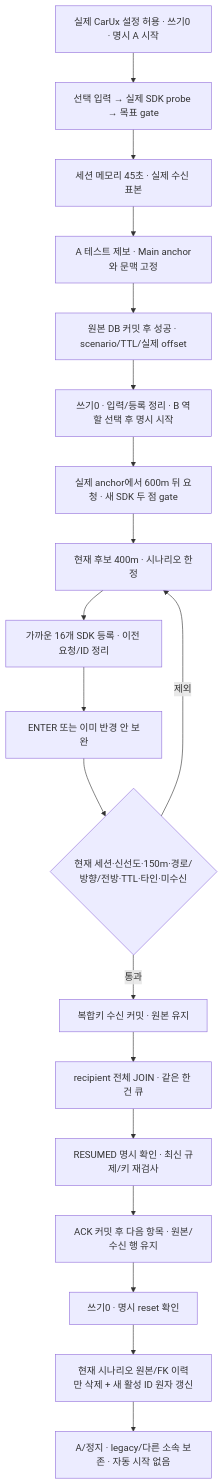
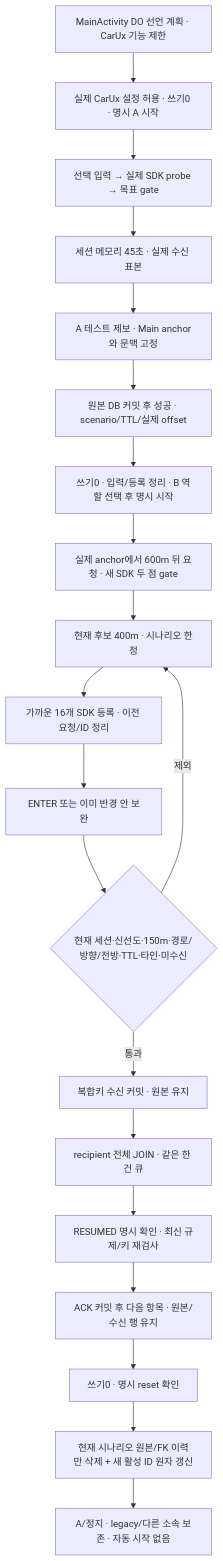
Before and after one commit to jin-kim-240204/hyundai-and-gretel: the diagram in docs/specs/road-notes/07-integration-and-demo.md, drawn with Mermaid. The commit also changed other lines of this file and 5 other files, not shown here.

````diff
--- a/docs/specs/road-notes/07-integration-and-demo.md
+++ b/docs/specs/road-notes/07-integration-and-demo.md
@@ -50,21 +69,22 @@
 ```mermaid
 flowchart TD
+    Display[MainActivity DO 선언 계획 · CarUx 기능 제한] --> Setup
     Setup[실제 CarUx 설정 허용 · 쓰기0 · 명시 A 시작] --> Gate[선택 입력 → 실제 SDK probe → 목표 gate]
     Gate --> Buffer[세션 메모리 45초 · 실제 수신 표본]
     Buffer --> Submit[A 테스트 제보 · Main anchor와 문맥 고정]
     Submit --> Original[원본 DB 커밋 후 성공 · scenario/TTL/실제 offset]
     Original --> Switch[쓰기0 · 입력/등록 정리 · B 역할 선택 후 명시 시작]
     Switch --> Behind[실제 anchor에서 600m 뒤 요청 · 새 SDK 두 점 gate]
     Behind --> Candidate[현재 후보 400m · 시나리오 한정]
     Candidate --> Register[가까운 16개 SDK 등록 · 이전 요청/ID 정리]
     Register --> Signal[ENTER 또는 이미 반경 안 보완]
     Signal --> Check{현재 세션·신선도·150m·경로/방향/전방·TTL·타인·미수신}
     Check -->|통과| Receipt[복합키 수신 커밋 · 원본 유지]
     Check -->|제외| Candidate
     Receipt --> Queue[recipient 전체 JOIN · 같은 한 건 큐]
     Queue --> Confirm[RESUMED 명시 확인 · 최신 규제/키 재검사]
     Confirm --> Ack[ACK 커밋 후 다음 항목 · 원본/수신 행 유지]
     Ack --> Reset[쓰기0 · 명시 reset 확인]
     Reset --> Transaction[현재 시나리오 원본/FK 이력만 삭제 + 새 활성 ID 원자 갱신]
     Transaction --> Stopped[A/정지 · legacy/다른 소속 보존 · 자동 시작 없음]
 ```
````
